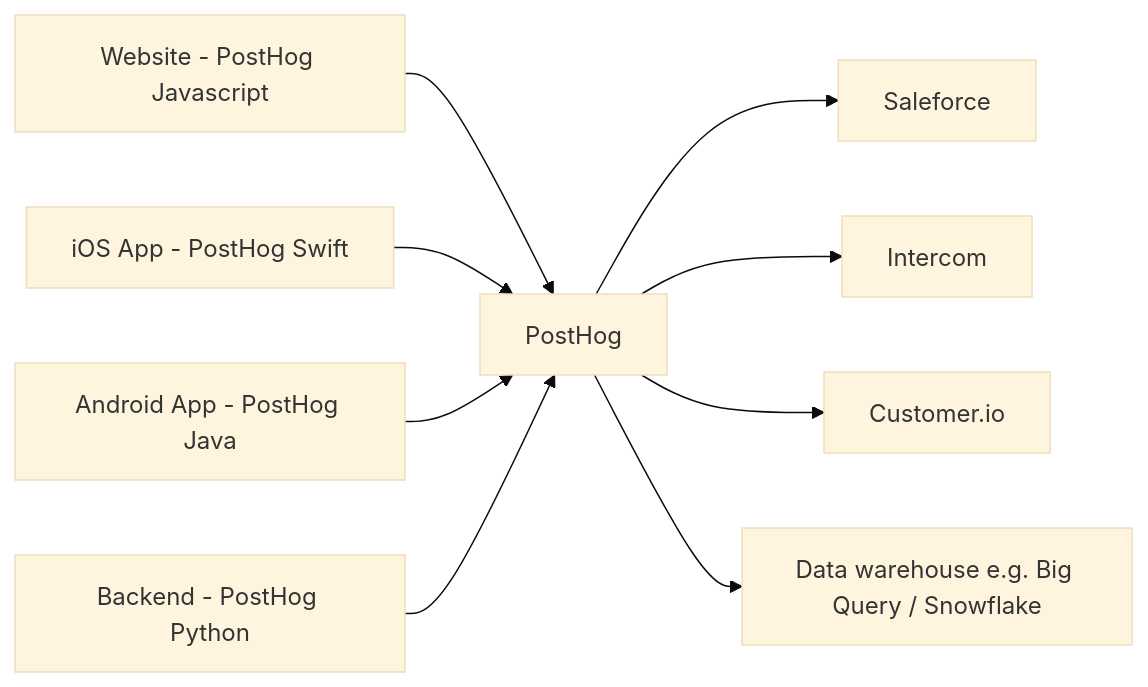
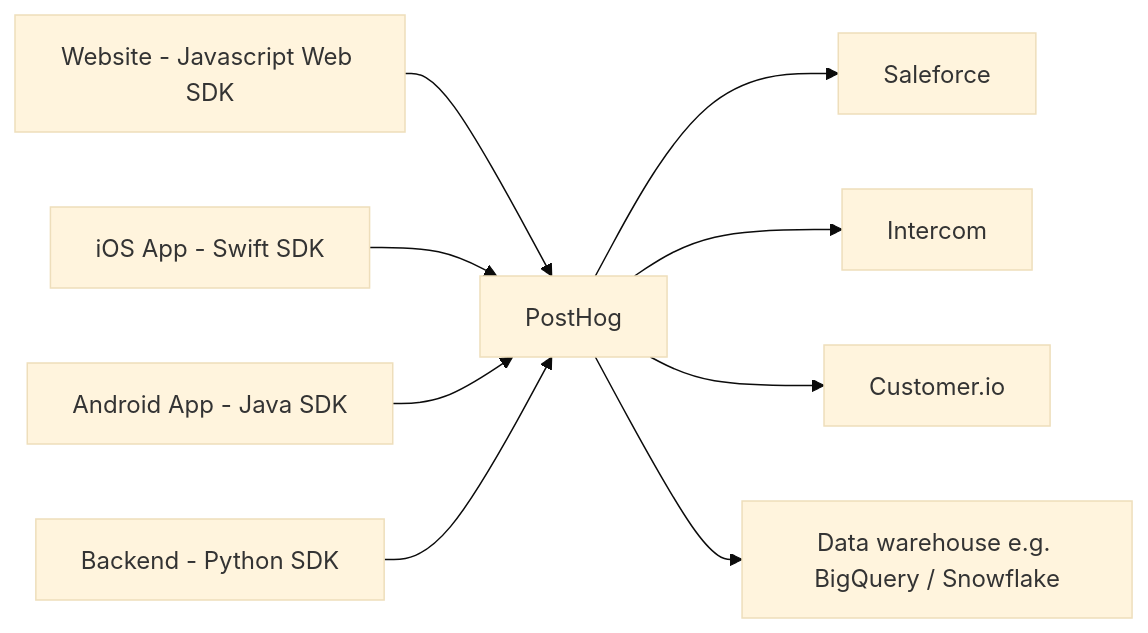
The second of 5 diagrams in contents/docs/advanced/cdp.md (PostHog/posthog.com), drawn with Mermaid (base theme) before and after one commit. The commit also changed other lines of this file, not shown here.

````diff
--- a/contents/docs/advanced/cdp.md
+++ b/contents/docs/advanced/cdp.md
@@ -40,11 +44,11 @@
 ```mermaid
 graph LR
-A[Website - PostHog Javascript] --> B[PostHog]
-C[iOS App - PostHog Swift] --> B[PostHog]
-D[Android App - PostHog Java] --> B[PostHog]
-E[Backend - PostHog Python] --> B[PostHog]
+A[Website - Javascript Web SDK] --> B[PostHog]
+C[iOS App - Swift SDK] --> B[PostHog]
+D[Android App - Java SDK] --> B[PostHog]
+E[Backend - Python SDK] --> B[PostHog]
 B[PostHog] --> H[Saleforce]
 B[PostHog] --> I[Intercom]
 B[PostHog] --> K[Customer.io]
-B[PostHog] --> F[Data warehouse e.g. Big Query / Snowflake]
+B[PostHog] --> F[Data warehouse e.g. BigQuery / Snowflake]
 ```
````
